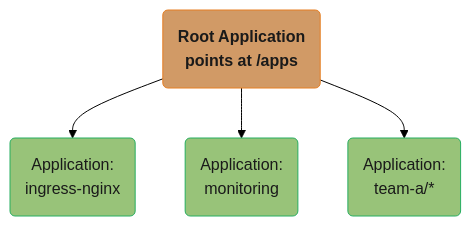
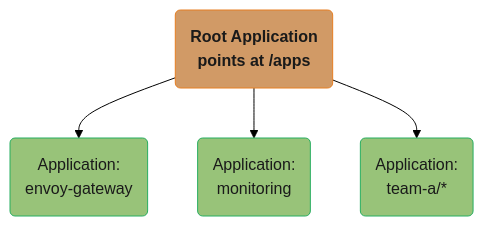
One commit to rppol/system-design changed the second of 5 diagrams in src/main/java/com/rutik/systemdesign/devops/gitops_argocd_flux/gitops_argocd_flux.md. Above: the diagram before and after it, drawn with Mermaid (forest theme). The commit also changed other lines of this file and 32 other files, not shown here.

````diff
--- a/src/main/java/com/rutik/systemdesign/devops/gitops_argocd_flux/gitops_argocd_flux.md
+++ b/src/main/java/com/rutik/systemdesign/devops/gitops_argocd_flux/gitops_argocd_flux.md
@@ -122,17 +122,17 @@
 ```mermaid
 flowchart TD
     classDef io      fill:#61afef,stroke:#2e86c1,color:#1a1a1a,font-weight:bold
     classDef frozen  fill:#c678dd,stroke:#9b59b6,color:#fff
     classDef train   fill:#98c379,stroke:#27ae60,color:#1a1a1a
     classDef mathOp  fill:#d19a66,stroke:#e67e22,color:#1a1a1a,font-weight:bold
     classDef lossN   fill:#e06c75,stroke:#c0392b,color:#fff,font-weight:bold
     classDef req     fill:#56b6c2,stroke:#0097a7,color:#1a1a1a
     classDef base    fill:#e5c07b,stroke:#f39c12,color:#1a1a1a
 
-    Root(Root Application<br/>points at /apps) --> Ingress(Application:<br/>ingress-nginx)
+    Root(Root Application<br/>points at /apps) --> Ingress(Application:<br/>envoy-gateway)
     Root --> Monitoring(Application:<br/>monitoring)
     Root --> TeamA(Application:<br/>team-a/*)
 
     class Root mathOp
     class Ingress,Monitoring,TeamA train
 ```
````
